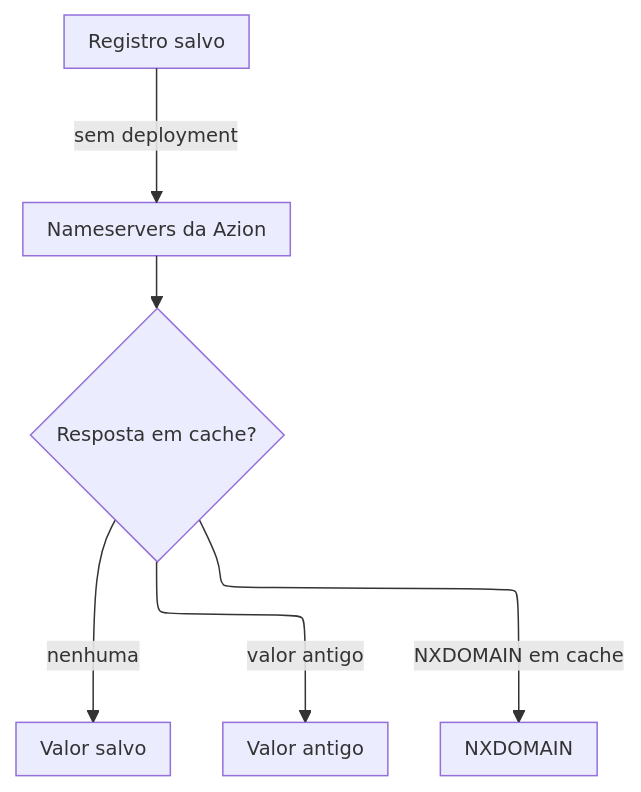
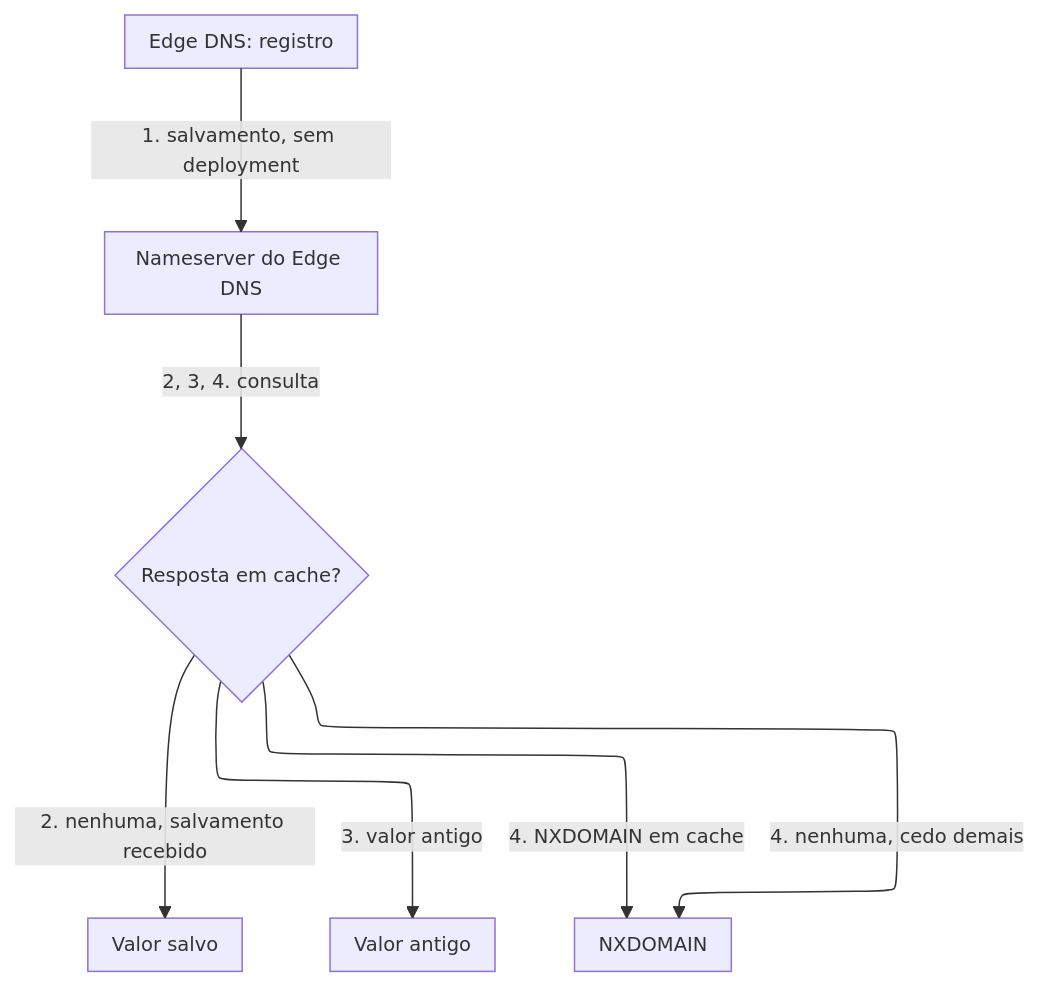
One commit to aziontech/docs changed the second of 4 diagrams in apps/docs/src/content/docs/pt-br/pages/secure/edge-dns/how-it-works.mdx. Above: the diagram before and after it, drawn with Mermaid. The commit also changed other lines of this file and 3 other files, not shown here.

First line of the commit message:
fix(edge-dns): state the tested propagation and caching in How it works and Best practices

````diff
--- a/apps/docs/src/content/docs/pt-br/pages/secure/edge-dns/how-it-works.mdx
+++ b/apps/docs/src/content/docs/pt-br/pages/secure/edge-dns/how-it-works.mdx
@@ -52,9 +63,16 @@
 ```mermaid
 %%{init: {"layout": "elk", "themeVariables": {"fontSize": "13px"}, "flowchart": {"nodeSpacing": 24, "rankSpacing": 36, "padding": 8, "wrappingWidth": 150, "useMaxWidth": true}, "sequence": {"width": 120, "actorMargin": 30, "useMaxWidth": true}}}%%
 flowchart TD
-  Save["Registro salvo"] -->|"sem deployment"| Ns["Nameservers da Azion"]
-  Ns --> Check{"Resposta em cache?"}
-  Check -->|"nenhuma"| New["Valor salvo"]
-  Check -->|"valor antigo"| Old["Valor antigo"]
-  Check -->|"NXDOMAIN em cache"| Neg["NXDOMAIN"]
+  Rec["Edge DNS: registro"]
+  NS["Nameserver do Edge DNS"]
+  Check{"Resposta em cache?"}
+  New["Valor salvo"]
+  Old["Valor antigo"]
+  Neg["NXDOMAIN"]
+  Rec -->|"1. salvamento, sem deployment"| NS
+  NS -->|"2, 3, 4. consulta"| Check
+  Check -->|"2. nenhuma, salvamento recebido"| New
+  Check -->|"3. valor antigo"| Old
+  Check -->|"4. nenhuma, cedo demais"| Neg
+  Check -->|"4. NXDOMAIN em cache"| Neg
 ```
````
